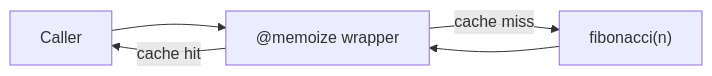
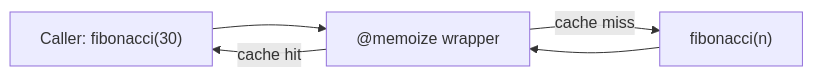
One commit to SanjayR857/All-in-One-Notes changed the diagram in python-design-patterns/structural/decorator.md. Above: the diagram before and after it, drawn with Mermaid. The commit also changed other lines of this file and 40 other files, not shown here.

````diff
--- a/python-design-patterns/structural/decorator.md
+++ b/python-design-patterns/structural/decorator.md
@@ -25,7 +32,7 @@
 ```mermaid
 flowchart LR
-    Caller["Caller"] --> Deco["@memoize wrapper"]
-    Deco -->|cache hit| Caller
-    Deco -->|cache miss| Core["fibonacci(n)"]
-    Core --> Deco
+    Caller["Caller: fibonacci(30)"] --> Wrapper["@memoize wrapper"]
+    Wrapper -->|cache hit| Caller
+    Wrapper -->|cache miss| Core["fibonacci(n)"]
+    Core --> Wrapper
 ```
````
